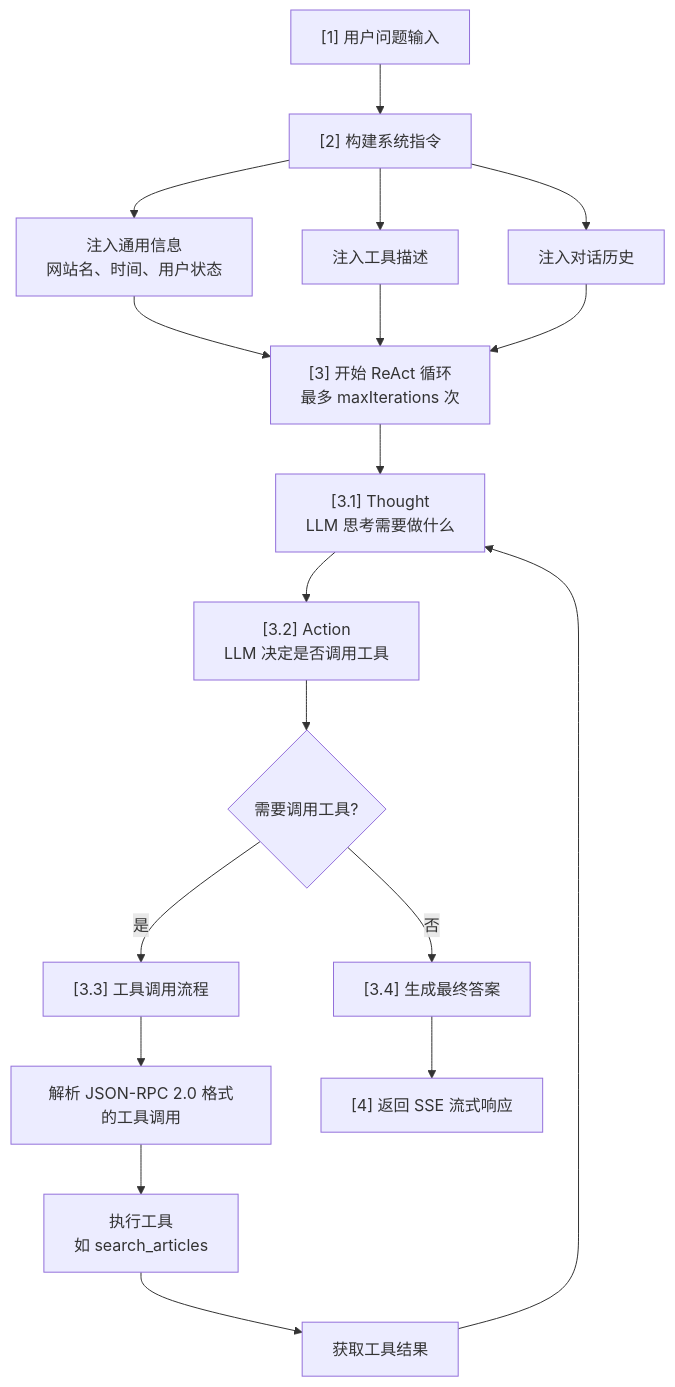
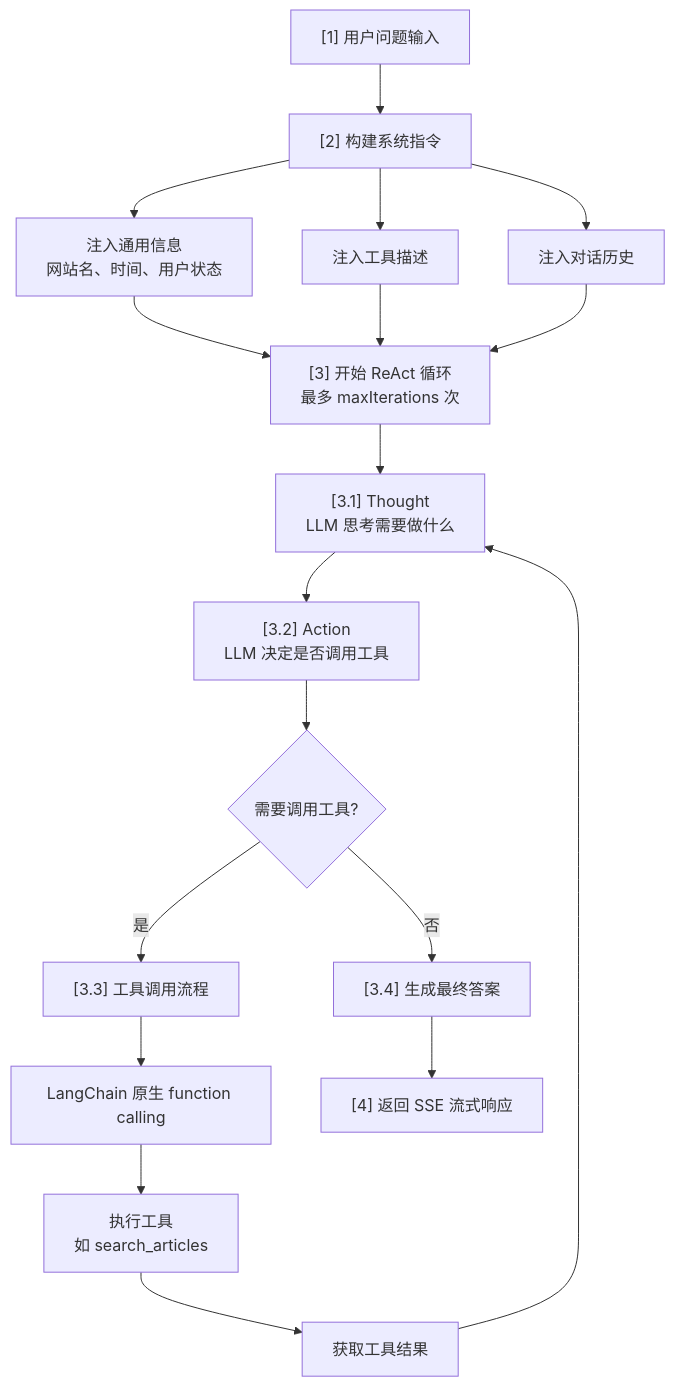
Before and after one commit to NNNNzs/react.nnnnzs.cn: the second of 2 diagrams in docs/designs/chat/rag-chat.md, drawn with Mermaid. The commit also changed other lines of this file and 28 other files, not shown here.

First line of the commit message:
refactor(chat): 重构 Chat Agent 架构，新增 DeepSeek think 流式展示和 reactTimeline

````diff
--- a/docs/designs/chat/rag-chat.md
+++ b/docs/designs/chat/rag-chat.md
@@ -219,24 +228,24 @@
 ```mermaid
 flowchart TD
     A["[1] 用户问题输入"] --> B["[2] 构建系统指令"]
     B --> C["注入通用信息<br/>网站名、时间、用户状态"]
     B --> D["注入工具描述"]
     B --> E["注入对话历史"]
     C --> F["[3] 开始 ReAct 循环<br/>最多 maxIterations 次"]
     D --> F
     E --> F
 
     F --> G["[3.1] Thought<br/>LLM 思考需要做什么"]
     G --> H["[3.2] Action<br/>LLM 决定是否调用工具"]
 
     H --> I{"需要调用工具?"}
     I -->|是| J["[3.3] 工具调用流程"]
     I -->|否| K["[3.4] 生成最终答案"]
 
-    J --> L["解析 JSON-RPC 2.0 格式的工具调用"]
+    J --> L["LangChain 原生 function calling"]
     L --> M["执行工具<br/>如 search_articles"]
     M --> N["获取工具结果"]
     N --> G
 
     K --> O["[4] 返回 SSE 流式响应"]
 ```
````
